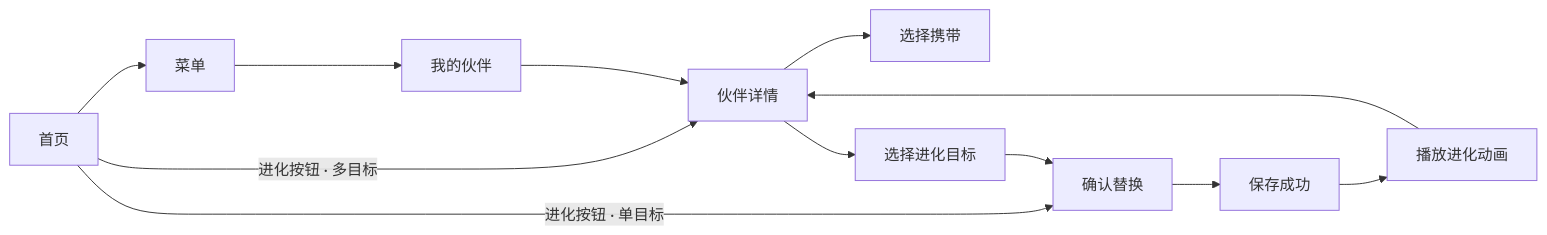
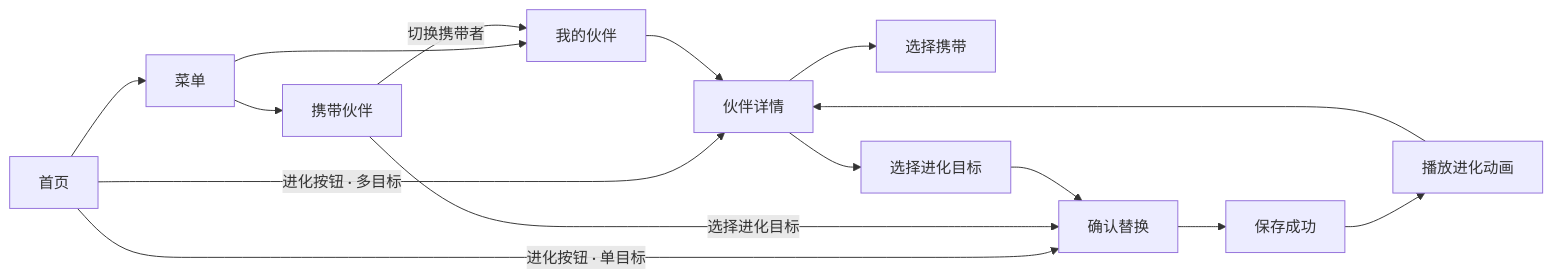
The diagram in docs/design/walking-progression.md (sunny0826/poketrail), drawn with Mermaid before and after one commit. The commit also changed other lines of this file and 47 other files, not shown here.

````diff
--- a/docs/design/walking-progression.md
+++ b/docs/design/walking-progression.md
@@ -35,14 +25,17 @@
 ```mermaid
 flowchart LR
   H[首页] --> M[菜单]
   H -->|进化按钮 · 单目标| F
   H -->|进化按钮 · 多目标| D
   M --> R[我的伙伴]
+  M --> P[携带伙伴]
+  P -->|切换携带者| R
+  P -->|选择进化目标| F
   R --> D[伙伴详情]
   D --> C[选择携带]
   D --> E[选择进化目标]
   E --> F[确认替换]
   F --> S[保存成功]
   S --> A[播放进化动画]
   A --> D
 ```
````
